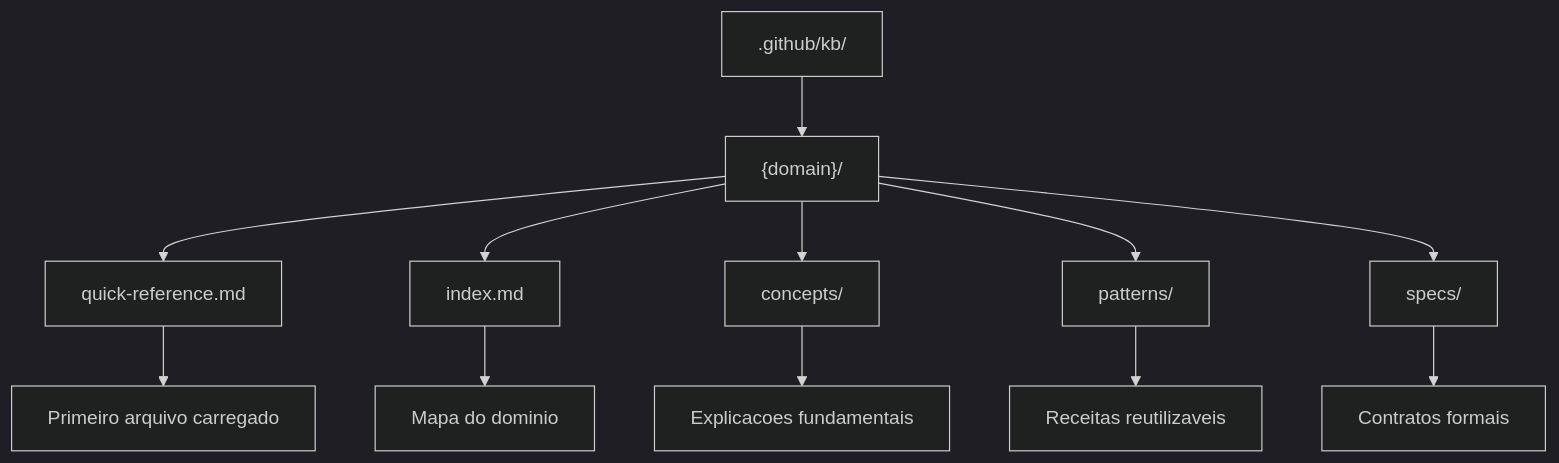
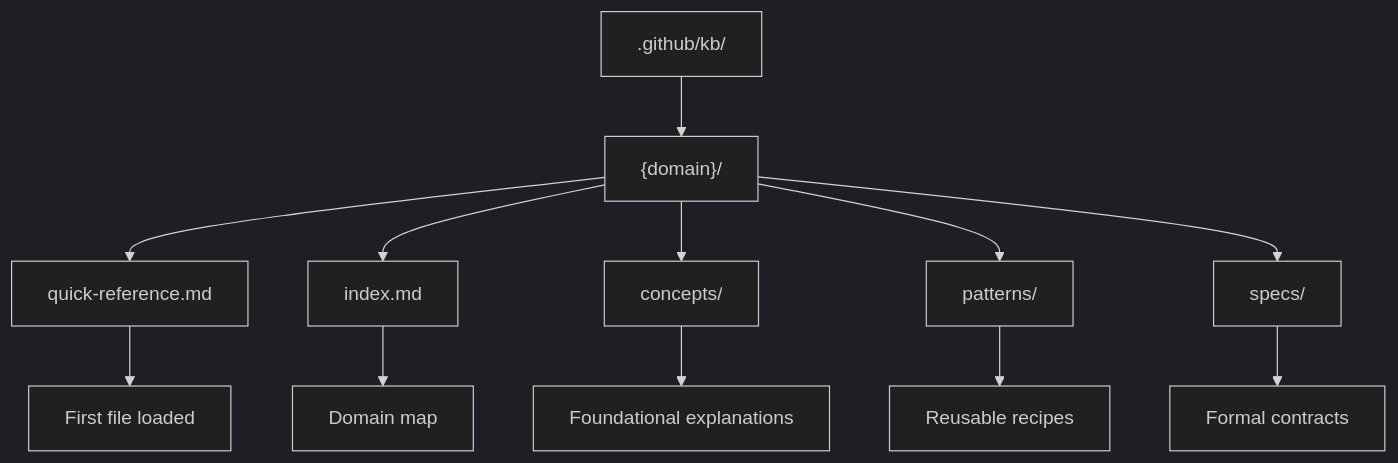
The first of 2 diagrams in docs/reference/knowledge-base.md (Tiao553/sdd-harness-copilot), drawn with Mermaid (dark theme) before and after one commit. The commit also changed other lines of this file and 19 other files, not shown here.

````diff
--- a/docs/reference/knowledge-base.md
+++ b/docs/reference/knowledge-base.md
@@ -9,14 +9,14 @@
 ```mermaid
 flowchart TD
     A[".github/kb/"] --> B["{domain}/"]
     B --> C["quick-reference.md"]
     B --> D["index.md"]
     B --> E["concepts/"]
     B --> F["patterns/"]
     B --> G["specs/"]
-    C --> H["Primeiro arquivo carregado"]
-    D --> I["Mapa do dominio"]
-    E --> J["Explicacoes fundamentais"]
-    F --> K["Receitas reutilizaveis"]
-    G --> L["Contratos formais"]
+    C --> H["First file loaded"]
+    D --> I["Domain map"]
+    E --> J["Foundational explanations"]
+    F --> K["Reusable recipes"]
+    G --> L["Formal contracts"]
 ```
````
